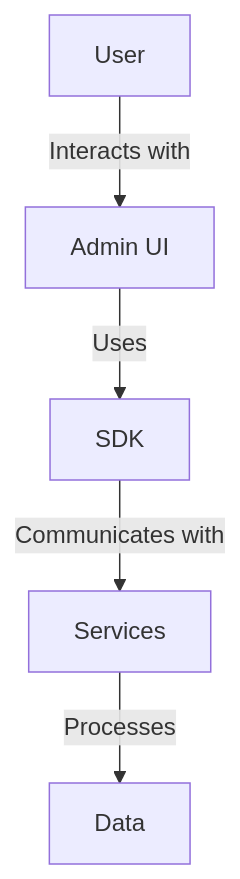
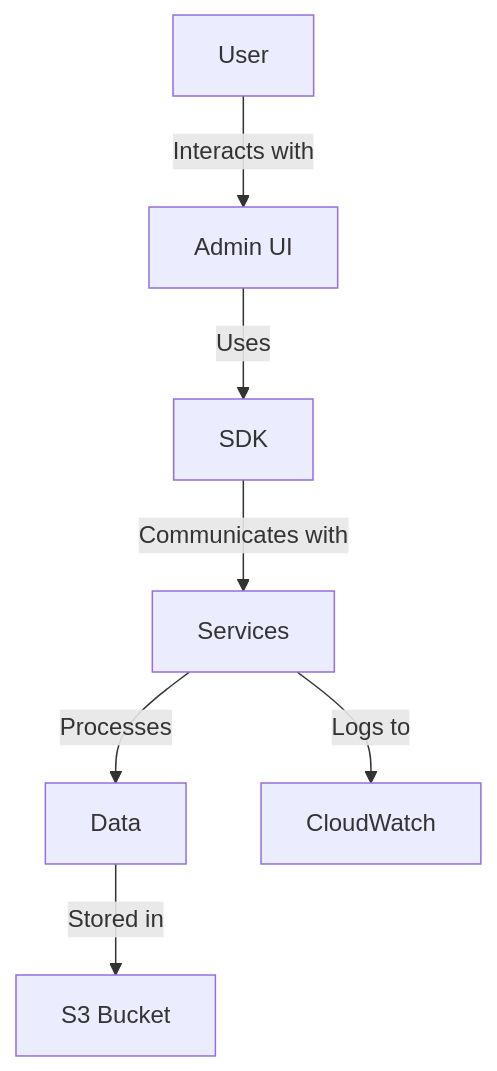
One commit to ankitnwemp/demo changed the diagram in README.md. Above: the diagram before and after it, drawn with Mermaid. The commit also changed other lines of this file, not shown here.

````diff
--- a/README.md
+++ b/README.md
@@ -26,7 +18,9 @@
 ```mermaid
 graph TD;
     A[User] -->|Interacts with| B[Admin UI];
     B -->|Uses| C[SDK];
     C -->|Communicates with| D[Services];
     D -->|Processes| E[Data];
+    E -->|Stored in| F[S3 Bucket];
+    D -->|Logs to| G[CloudWatch];
 ```
````
